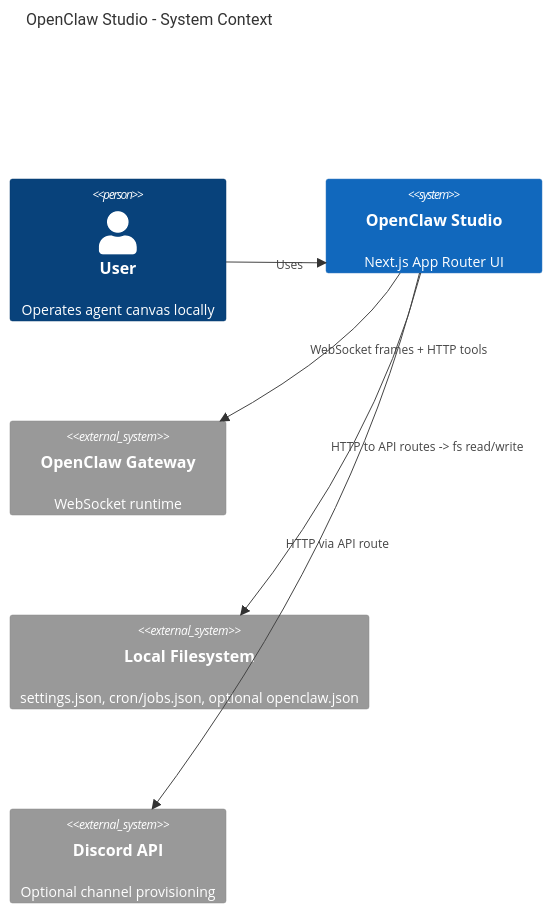
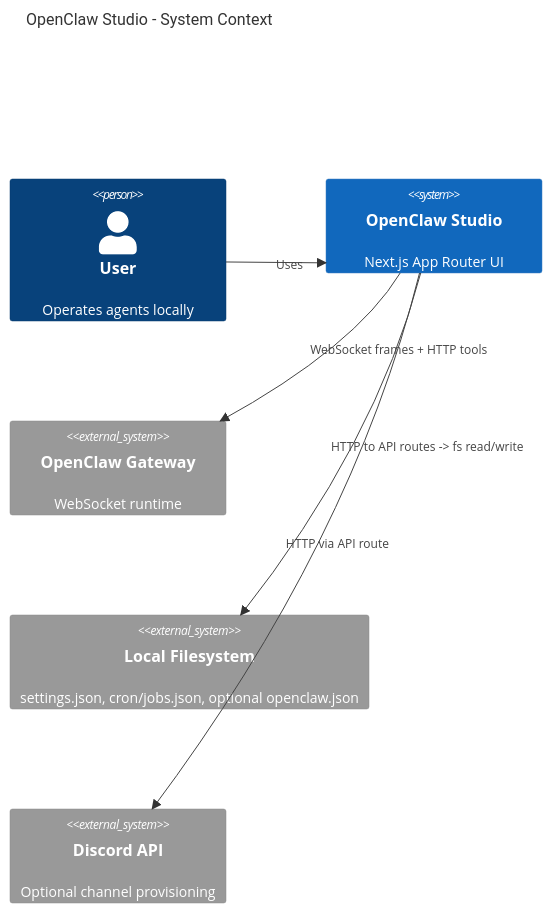
The first of 2 diagrams in ARCHITECTURE.md (MichelCaini/openclaw-studio), drawn with Mermaid before and after one commit. The commit also changed other lines of this file and 37 other files, not shown here.

Commit message:
refactor: remove canvas mode and rename focused agent workspace

````diff
--- a/ARCHITECTURE.md
+++ b/ARCHITECTURE.md
@@ -108,14 +108,14 @@
 ```mermaid
 C4Context
   title OpenClaw Studio - System Context
-  Person(user, "User", "Operates agent canvas locally")
+  Person(user, "User", "Operates agents locally")
   System(ui, "OpenClaw Studio", "Next.js App Router UI")
   System_Ext(gateway, "OpenClaw Gateway", "WebSocket runtime")
   System_Ext(fs, "Local Filesystem", "settings.json, cron/jobs.json, optional openclaw.json")
   System_Ext(discord, "Discord API", "Optional channel provisioning")
 
   Rel(user, ui, "Uses")
   Rel(ui, gateway, "WebSocket frames + HTTP tools")
   Rel(ui, fs, "HTTP to API routes -> fs read/write")
   Rel(ui, discord, "HTTP via API route")
 ```
````
